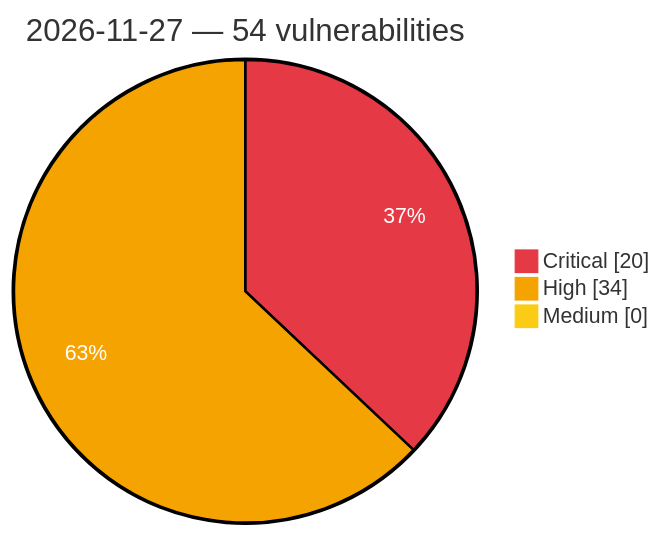
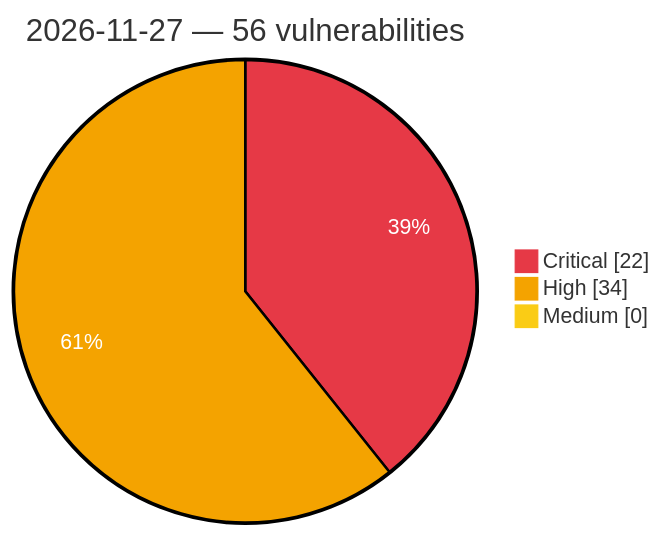
Before and after one commit to GhostX0X/vuln-tracker: the diagram in vulnerabilities/2026/November/2026-11-27.md, drawn with Mermaid. The commit also changed other lines of this file and 8 other files, not shown here.

````diff
--- a/vulnerabilities/2026/November/2026-11-27.md
+++ b/vulnerabilities/2026/November/2026-11-27.md
@@ -3,8 +3,8 @@
 ```mermaid
 %%{init: {'theme':'base', 'themeVariables': {'pie1':'#e63946', 'pie2':'#f4a300', 'pie3':'#facc15', 'pieOpacity':'1', 'pieOuterStrokeWidth':'2px', 'pieSectionTextColor':'#ffffff'}}}%%
 pie showData
-    title 2026-11-27 — 54 vulnerabilities
-    "Critical" : 20
+    title 2026-11-27 — 56 vulnerabilities
+    "Critical" : 22
     "High" : 34
     "Medium" : 0
 ```
````
